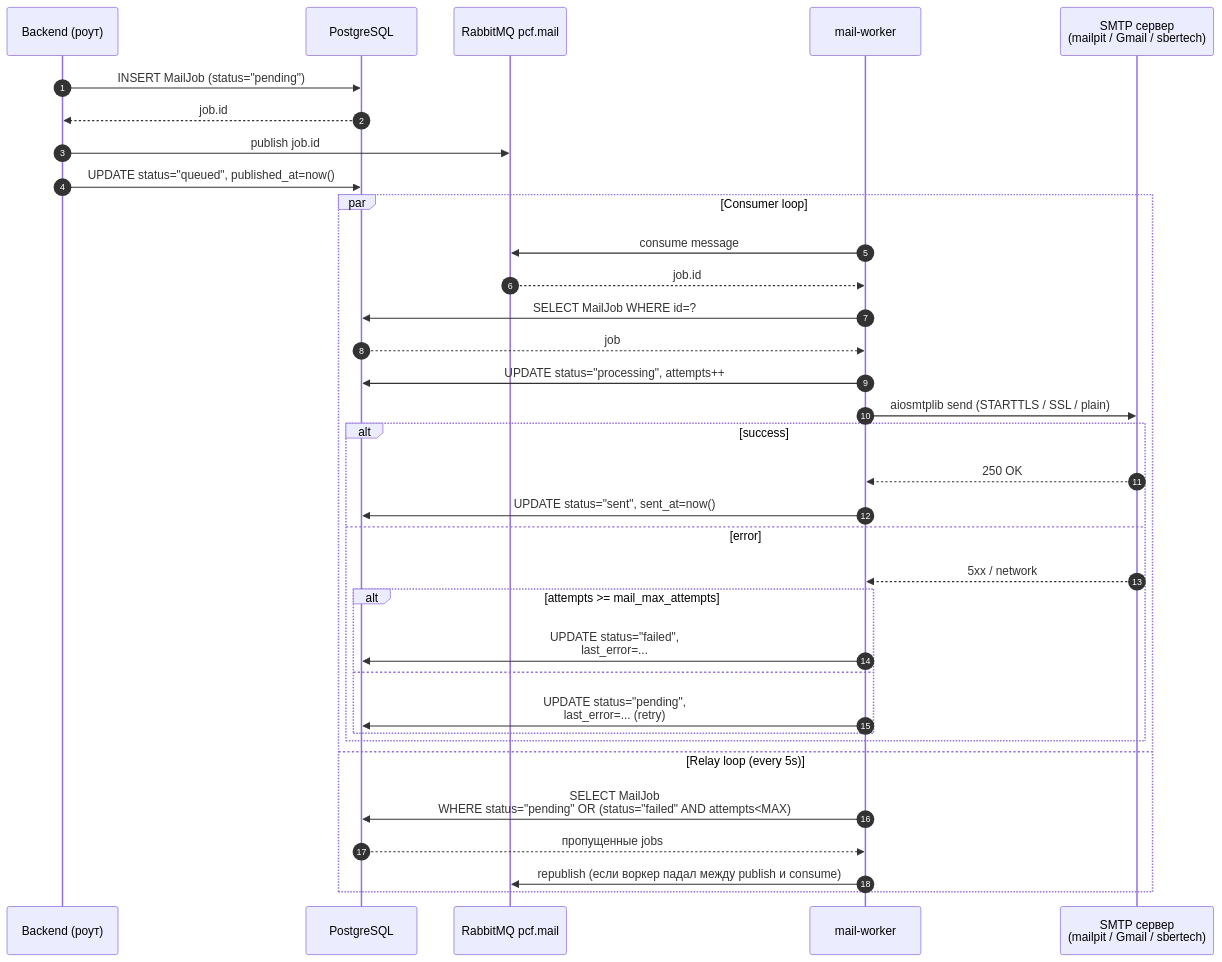
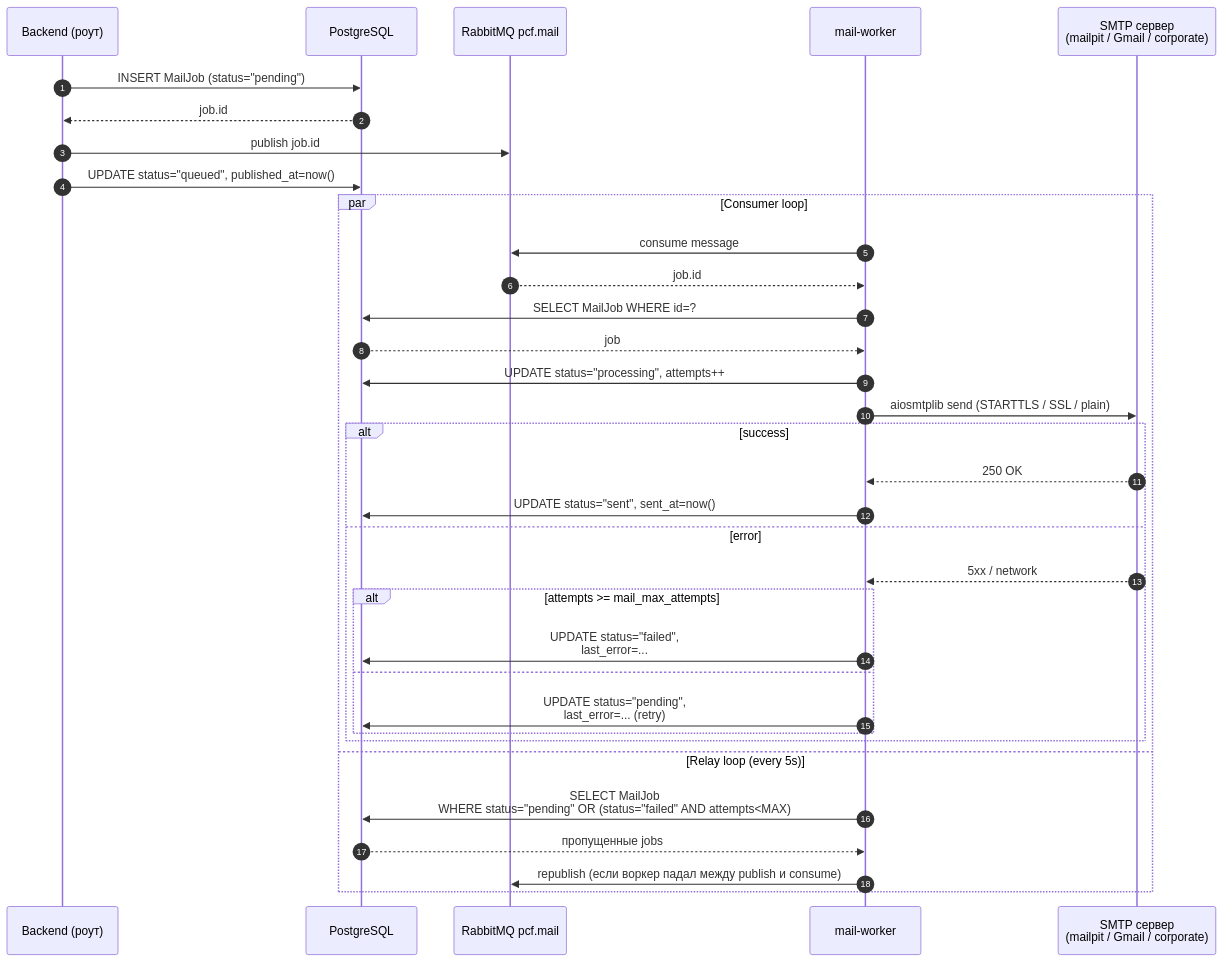
One commit to nkolomiika/FROST changed the tenth of 20 diagrams in docs/ARCH_DIAGRAMS.md. Above: the diagram before and after it, drawn with Mermaid. The commit also changed other lines of this file and 280 other files, not shown here.

````diff
--- a/docs/ARCH_DIAGRAMS.md
+++ b/docs/ARCH_DIAGRAMS.md
@@ -333,38 +327,38 @@
 ```mermaid
 sequenceDiagram
     autonumber
     participant API as Backend (роут)
     participant DB as PostgreSQL
     participant MQ as RabbitMQ pcf.mail
     participant W as mail-worker
-    participant SMTP as SMTP сервер<br/>(mailpit / Gmail / sbertech)
+    participant SMTP as SMTP сервер<br/>(mailpit / Gmail / corporate)
 
     API->>DB: INSERT MailJob (status="pending")
     DB-->>API: job.id
     API->>MQ: publish job.id
     API->>DB: UPDATE status="queued", published_at=now()
 
     par Consumer loop
         W->>MQ: consume message
         MQ-->>W: job.id
         W->>DB: SELECT MailJob WHERE id=?
         DB-->>W: job
         W->>DB: UPDATE status="processing", attempts++
         W->>SMTP: aiosmtplib send (STARTTLS / SSL / plain)
         alt success
             SMTP-->>W: 250 OK
             W->>DB: UPDATE status="sent", sent_at=now()
         else error
             SMTP-->>W: 5xx / network
             alt attempts >= mail_max_attempts
                 W->>DB: UPDATE status="failed",<br/>last_error=...
             else
                 W->>DB: UPDATE status="pending",<br/>last_error=... (retry)
             end
         end
     and Relay loop (every 5s)
         W->>DB: SELECT MailJob<br/>WHERE status="pending" OR (status="failed" AND attempts<MAX)
         DB-->>W: пропущенные jobs
         W->>MQ: republish (если воркер падал между publish и consume)
     end
 ```
````
